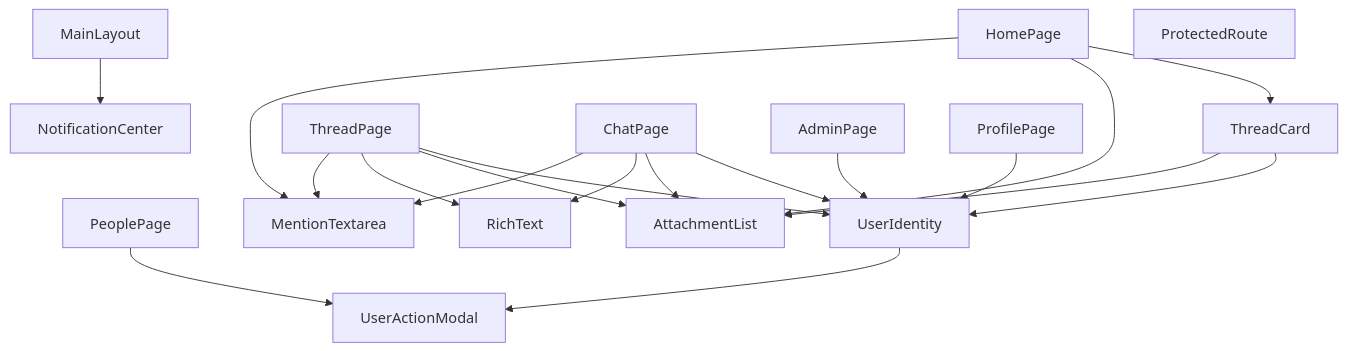
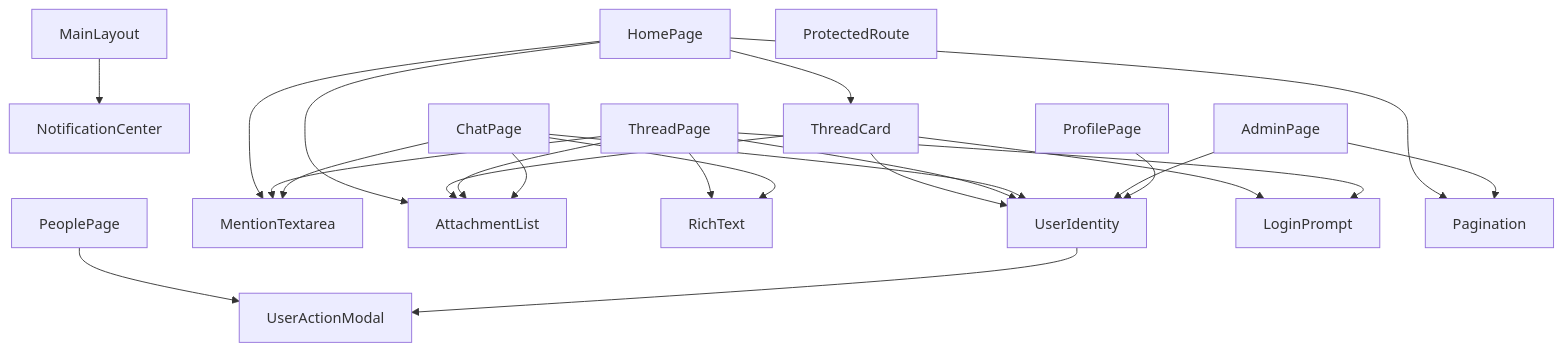
The third of 3 diagrams in docs/frontend-architecture.md (sharpedge12/pulseboard), drawn with Mermaid before and after one commit. The commit also changed other lines of this file and 55 other files, not shown here.

````diff
--- a/docs/frontend-architecture.md
+++ b/docs/frontend-architecture.md
@@ -79,37 +79,43 @@
 ```mermaid
 graph TD
     ML["MainLayout"]
     NC["NotificationCenter"]
     TC["ThreadCard"]
     TP["ThreadPage"]
     HP["HomePage"]
     CP["ChatPage"]
     PP["PeoplePage"]
     AP["AdminPage"]
     PrP["ProfilePage"]
     MT["MentionTextarea"]
     AL["AttachmentList"]
     RT["RichText"]
     UI["UserIdentity"]
     UAM["UserActionModal"]
     PR["ProtectedRoute"]
+    LP["LoginPrompt"]
+    PG["Pagination"]
 
     ML --> NC
     HP --> TC
     HP --> AL
     HP --> MT
+    HP --> PG
     TC --> UI
     TC --> AL
+    TC --> LP
     TP --> UI
     TP --> AL
     TP --> RT
     TP --> MT
+    TP --> LP
     CP --> UI
     CP --> AL
     CP --> RT
     CP --> MT
     PP --> UAM
     UI --> UAM
     AP --> UI
+    AP --> PG
     PrP --> UI
 ```
````
